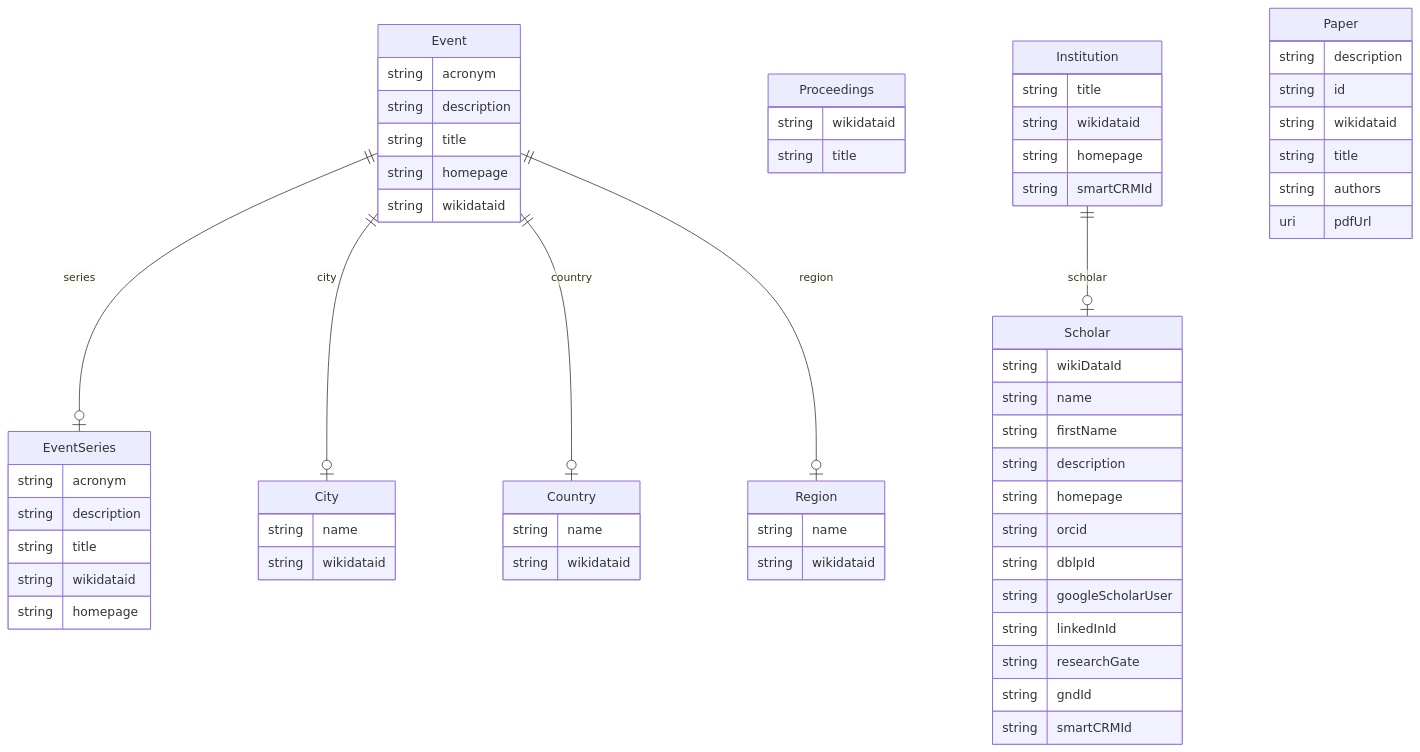
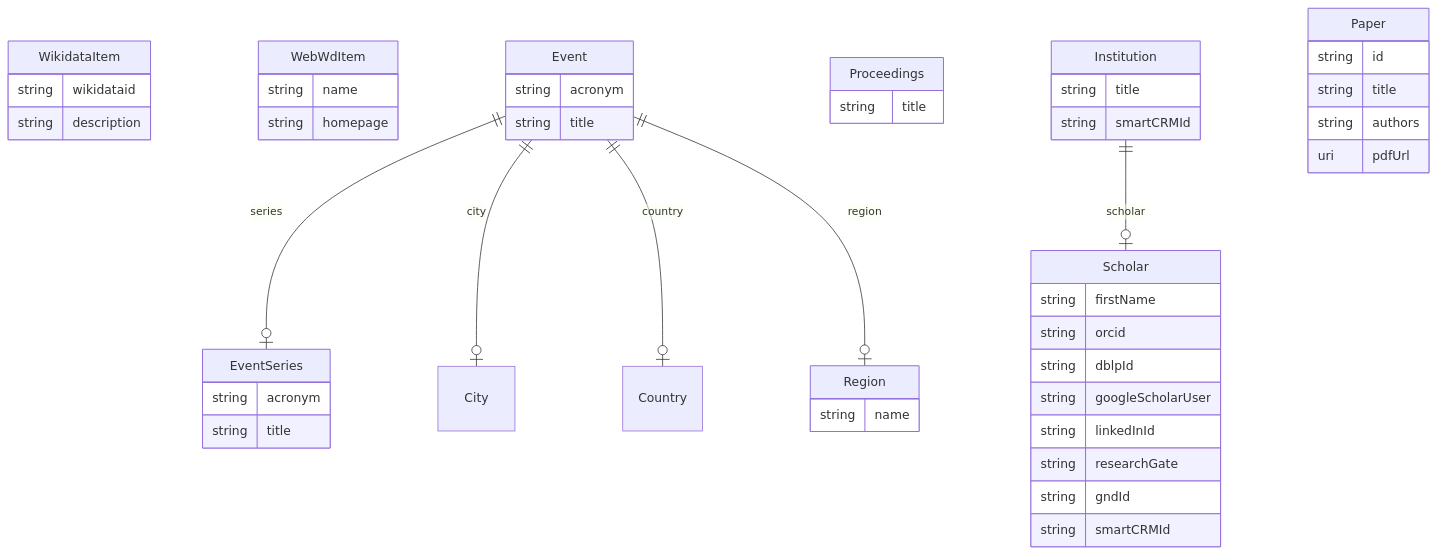
The diagram in examples/scientific-events/scientific-events.mermaid (WolfgangFahl/pyMetaModel), drawn with Mermaid before and after one commit. The commit also changed 16 other files, not shown here.

````diff
--- a/examples/scientific-events/scientific-events.mermaid
+++ b/examples/scientific-events/scientific-events.mermaid
@@ -1,68 +1,58 @@
 ```mermaid
 erDiagram
+WikidataItem {
+    string wikidataid  
+    string description  
+}
+WebWdItem {
+    string name  
+    string homepage  
+}
 EventSeries {
     string acronym  
-    string description  
     string title  
-    string wikidataid  
-    string homepage  
 }
 Event {
     string acronym  
-    string description  
     string title  
-    string homepage  
-    string wikidataid  
 }
 City {
-    string name  
-    string wikidataid  
+
 }
 Country {
-    string name  
-    string wikidataid  
+
 }
 Region {
     string name  
-    string wikidataid  
 }
 Proceedings {
-    string wikidataid  
     string title  
 }
 Scholar {
-    string wikiDataId  
-    string name  
     string firstName  
-    string description  
-    string homepage  
     string orcid  
     string dblpId  
     string googleScholarUser  
     string linkedInId  
     string researchGate  
     string gndId  
     string smartCRMId  
 }
 Institution {
     string title  
-    string wikidataid  
-    string homepage  
     string smartCRMId  
 }
 Paper {
-    string description  
     string id  
-    string wikidataid  
     string title  
     string authors  
     uri pdfUrl  
 }
 
 Event ||--|o EventSeries : "series"
 Event ||--|o City : "city"
 Event ||--|o Country : "country"
 Event ||--|o Region : "region"
 Institution ||--|o Scholar : "scholar"
 
 ```
````
